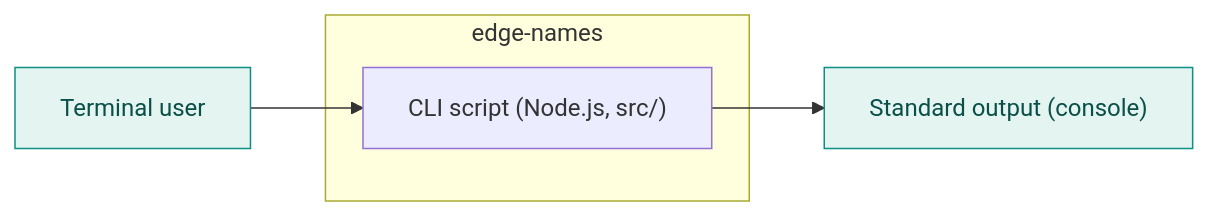
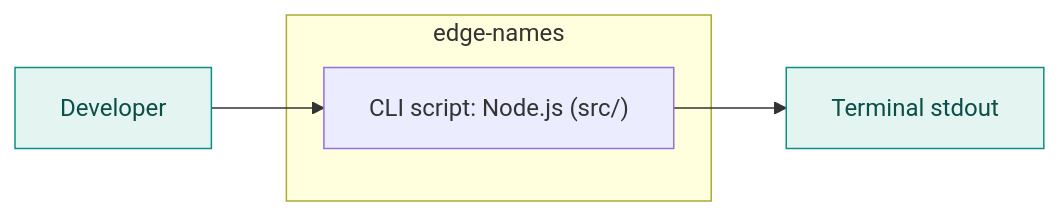
Before and after one commit to hxxnn/codemap: the second of 3 diagrams in examples/edge-names/docs/codemap/architecture.md, drawn with Mermaid. The commit also changed other lines of this file and 35 other files, not shown here.

First line of the commit message:
test: regenerate examples with the final diagram rules

````diff
--- a/examples/edge-names/docs/codemap/architecture.md
+++ b/examples/edge-names/docs/codemap/architecture.md
@@ -30,11 +30,11 @@
 ```mermaid
 flowchart LR
-  n1["Terminal user"]:::external
+  u["Developer"]:::external
   subgraph sys["edge-names"]
-    n2["CLI script (Node.js, src/)"]
+    cli["CLI script: Node.js (src/)"]
   end
-  n3["Standard output (console)"]:::external
-  n1 --> n2
-  n2 --> n3
+  o["Terminal stdout"]:::external
+  u --> cli
+  cli --> o
   classDef external fill:#E3F4F1,stroke:#0E8F83,color:#0B4F49
 ```
````
